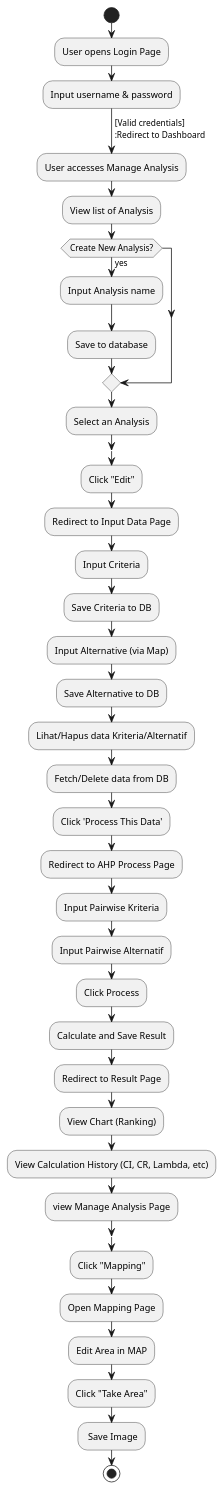
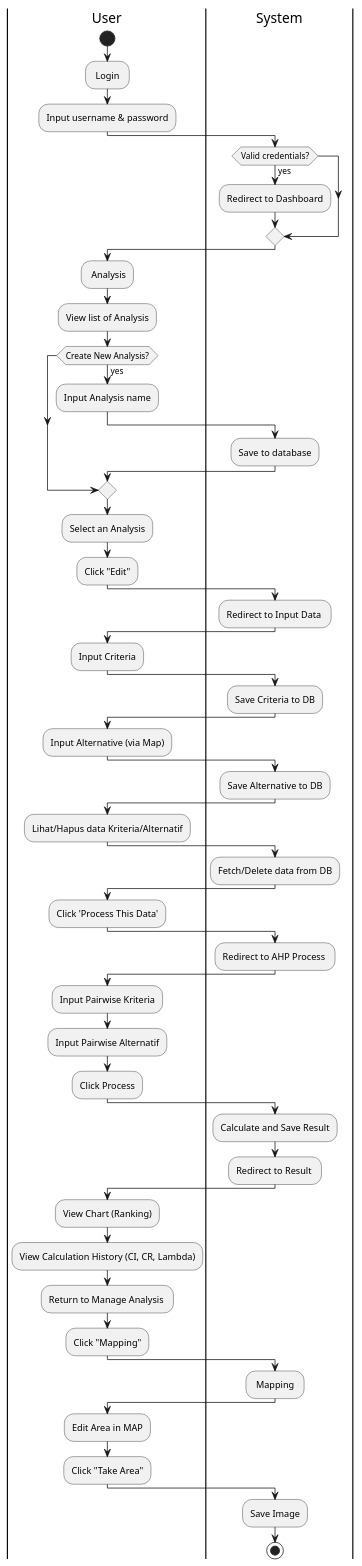
One commit to ren-zi-fa/spk-ahp-gis changed the diagram in diagram/activity.puml. Above: the diagram before and after it, drawn with PlantUML. The commit also changed 24 other files, not shown here.

```diff
--- a/diagram/activity.puml
+++ b/diagram/activity.puml
@@ -1,51 +1,83 @@
 @startuml
+|User|
 start
 
-:User opens Login Page;
+: Login ;
 :Input username & password;
--> [Valid credentials]
-:Redirect to Dashboard;
 
-:User accesses Manage Analysis;
+|System|
+if (Valid credentials?) then (yes)
+  :Redirect to Dashboard;
+endif
+
+|User|
+: Analysis;
 :View list of Analysis;
+
 if (Create New Analysis?) then (yes)
   :Input Analysis name;
+  
+  |System|
   :Save to database;
 endif
 
+|User|
 :Select an Analysis;
-split
-  :Click "Edit";
-  :Redirect to Input Data Page;
+:Click "Edit";
 
-  :Input Criteria;
-  :Save Criteria to DB;
+|System|
+:Redirect to Input Data ;
 
-  :Input Alternative (via Map);
-  :Save Alternative to DB;
+|User|
+:Input Criteria;
 
-  :Lihat/Hapus data Kriteria/Alternatif;
-  :Fetch/Delete data from DB;
+|System|
+:Save Criteria to DB;
 
-  :Click 'Process This Data';
-  :Redirect to AHP Process Page;
+|User|
+:Input Alternative (via Map);
 
-  :Input Pairwise Kriteria;
-  :Input Pairwise Alternatif;
-  :Click Process;
-  :Calculate and Save Result;
+|System|
+:Save Alternative to DB;
 
-  :Redirect to Result Page;
-  :View Chart (Ranking);
-  :View Calculation History (CI, CR, Lambda, etc);
-  :view Manage Analysis Page;
-endsplit
+|User|
+:Lihat/Hapus data Kriteria/Alternatif;
 
-  :Click "Mapping";
-  :Open Mapping Page;
-  :Edit Area in MAP;
-  :Click "Take Area";
-  : Save Image;
+|System|
+:Fetch/Delete data from DB;
+
+|User|
+:Click 'Process This Data';
+
+|System|
+:Redirect to AHP Process ;
+
+|User|
+:Input Pairwise Kriteria;
+:Input Pairwise Alternatif;
+:Click Process;
+
+|System|
+:Calculate and Save Result;
+
+:Redirect to Result ;
+
+|User|
+:View Chart (Ranking);
+:View Calculation History (CI, CR, Lambda);
+:Return to Manage Analysis ;
+
+:Click "Mapping";
+
+|System|
+: Mapping ;
+
+|User|
+:Edit Area in MAP;
+:Click "Take Area";
+
+|System|
+:Save Image;
 
 stop
 @enduml
```
